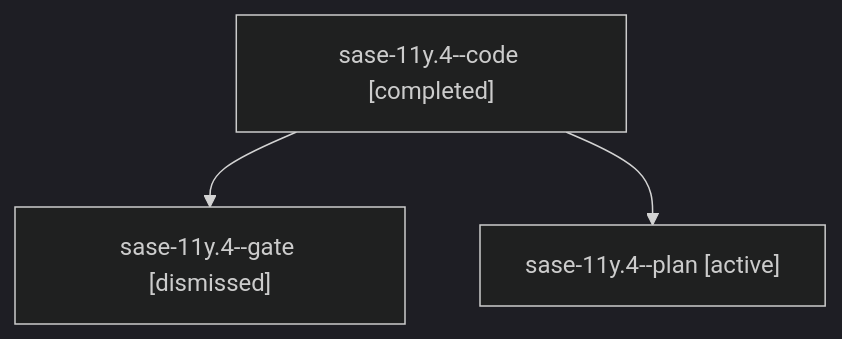
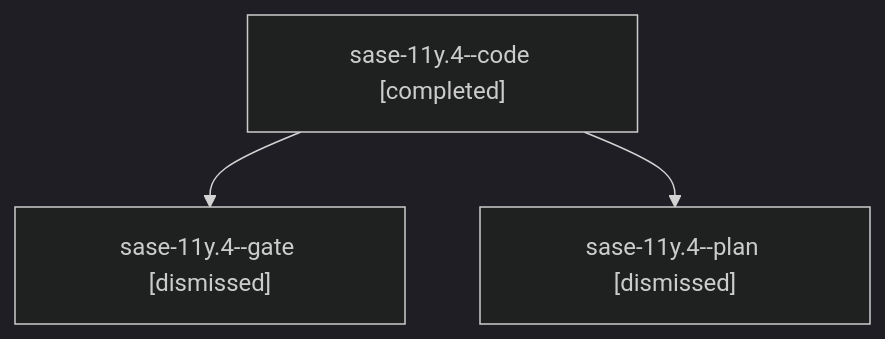
One commit to sase-org/sase--agents changed the diagram in sessions/bbugyi200.athena.sase-11y.4.md. Above: the diagram before and after it, drawn with Mermaid (dark theme). The commit also changed other lines of this file and 306 other files, not shown here.

````diff
--- a/sessions/bbugyi200.athena.sase-11y.4.md
+++ b/sessions/bbugyi200.athena.sase-11y.4.md
@@ -9,8 +9,8 @@
 ```mermaid
 flowchart TD
   n0["sase-11y.4--code [completed]"]
   n1["sase-11y.4--gate [dismissed]"]
   n0 --> n1
-  n2["sase-11y.4--plan [active]"]
+  n2["sase-11y.4--plan [dismissed]"]
   n0 --> n2
 ```
````
